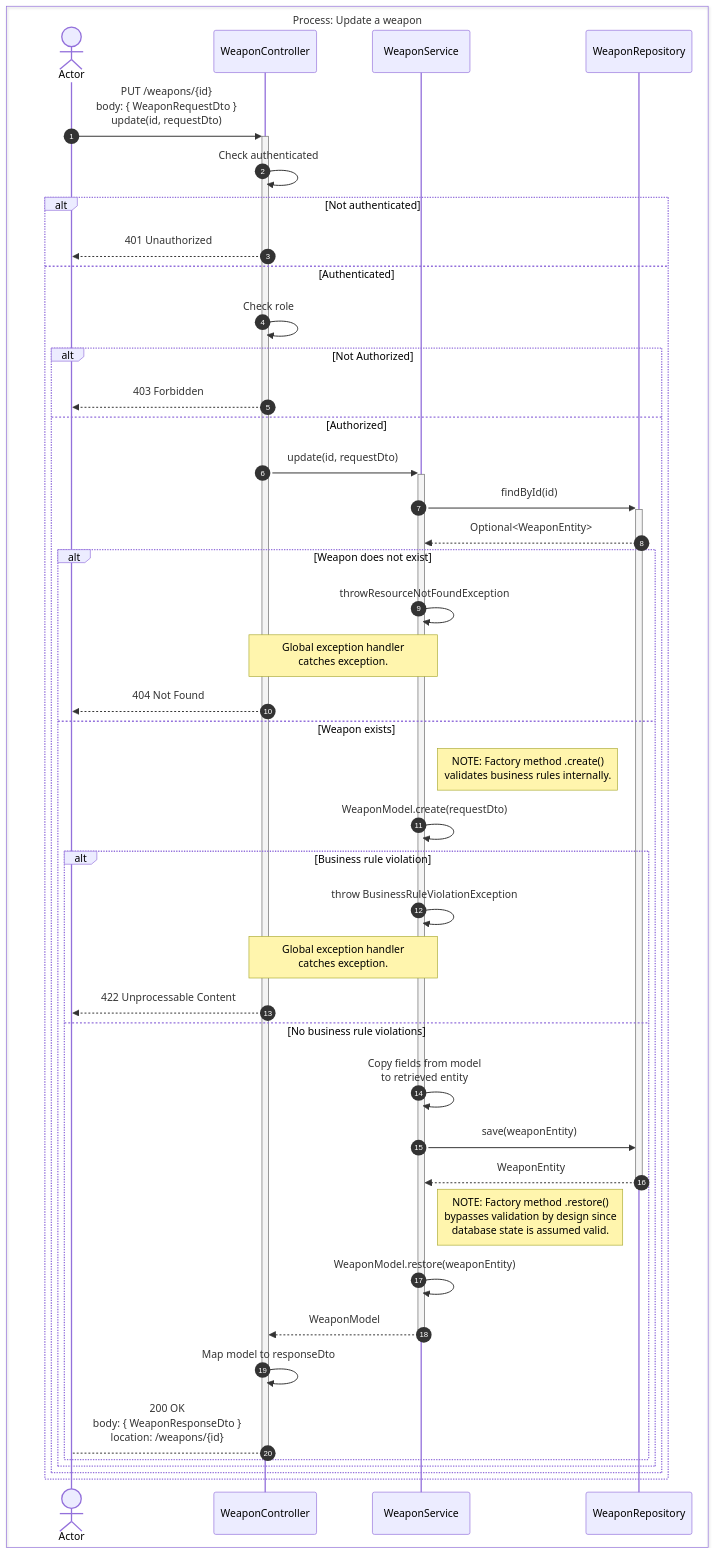
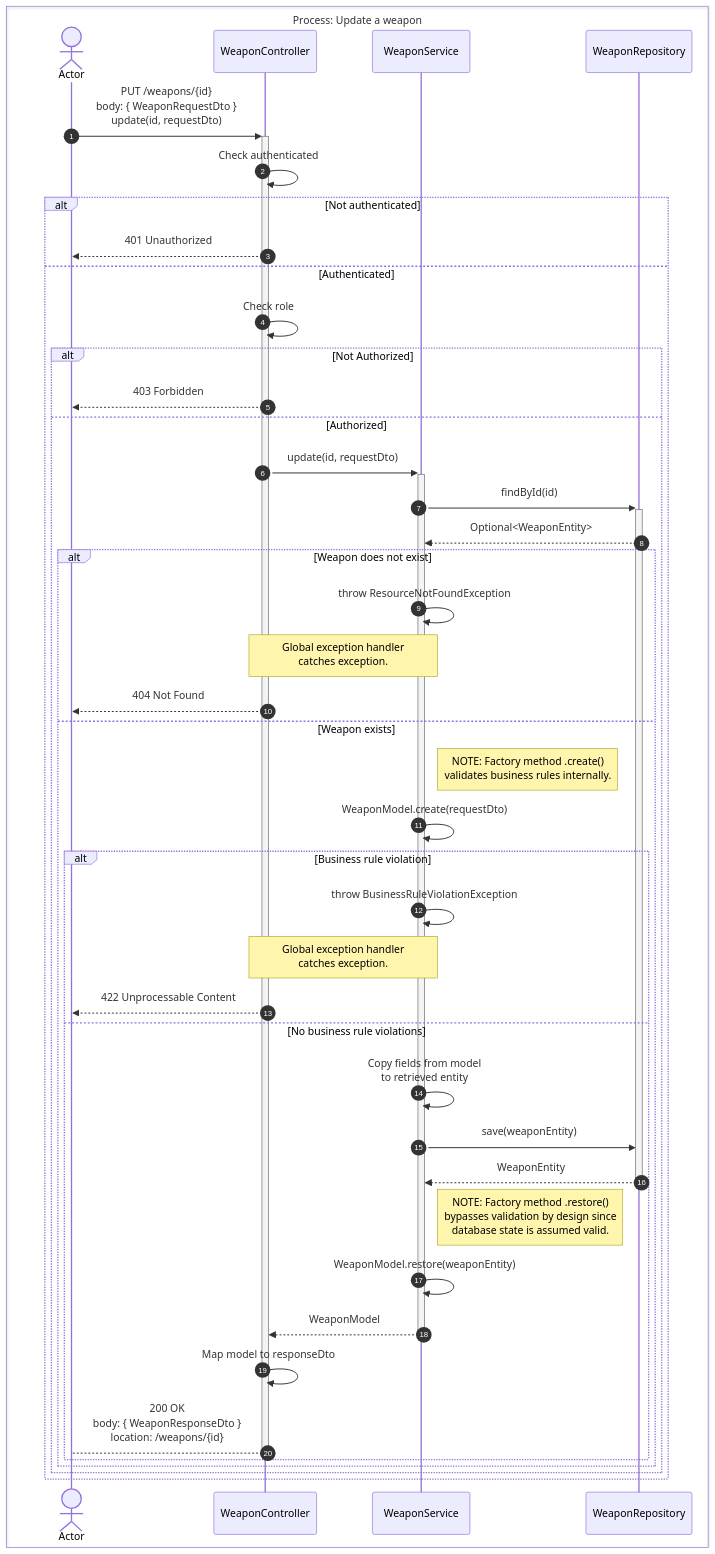
Before and after one commit to duncan-walter/novi-backend-dnd-web-api: the diagram in documentation/sequence-diagrams/update-weapon.mmd, drawn with Mermaid.

Commit message:
Added space

```diff
--- a/documentation/sequence-diagrams/update-weapon.mmd
+++ b/documentation/sequence-diagrams/update-weapon.mmd
@@ -1,46 +1,46 @@
 sequenceDiagram
     autonumber
 
     box Process: Update a weapon
         actor User as Actor
         participant WeaponController
         participant WeaponService
         participant WeaponRepository
     end
 
     User->>+WeaponController: PUT /weapons/{id}<br/>body: { WeaponRequestDto }<br/>update(id, requestDto)
     WeaponController->>WeaponController: Check authenticated
     alt Not authenticated
         WeaponController-->>User: 401 Unauthorized
     else Authenticated
         WeaponController->>WeaponController: Check role
         alt Not Authorized
             WeaponController-->>User: 403 Forbidden
         else Authorized
             WeaponController->>+WeaponService: update(id, requestDto)
             WeaponService->>+WeaponRepository: findById(id)
             WeaponRepository-->>WeaponService: Optional<WeaponEntity>
             alt Weapon does not exist
-                WeaponService->>WeaponService: throwResourceNotFoundException
+                WeaponService->>WeaponService: throw ResourceNotFoundException
                 Note over WeaponService, WeaponController: Global exception handler<br/>catches exception.
                 WeaponController-->>User: 404 Not Found
             else Weapon exists
                 Note right of WeaponService: NOTE: Factory method .create()<br/>validates business rules internally.
                 WeaponService->>WeaponService: WeaponModel.create(requestDto)
                 alt Business rule violation
                     WeaponService->>WeaponService: throw BusinessRuleViolationException
                     Note over WeaponService, WeaponController: Global exception handler<br/>catches exception.
                     WeaponController-->>User: 422 Unprocessable Content
                 else No business rule violations
                     WeaponService->>WeaponService: Copy fields from model<br/>to retrieved entity
                     WeaponService->>WeaponRepository: save(weaponEntity)
                     WeaponRepository-->>-WeaponService: WeaponEntity
                     Note right of WeaponService: NOTE: Factory method .restore()<br/>bypasses validation by design since<br/>database state is assumed valid.
                     WeaponService->>WeaponService: WeaponModel.restore(weaponEntity)
                     WeaponService-->>-WeaponController: WeaponModel
                     WeaponController->>WeaponController: Map model to responseDto
                     WeaponController-->-User: 200 OK<br/>body: { WeaponResponseDto }<br/>location: /weapons/{id}
                 end
             end
         end
     end
```
